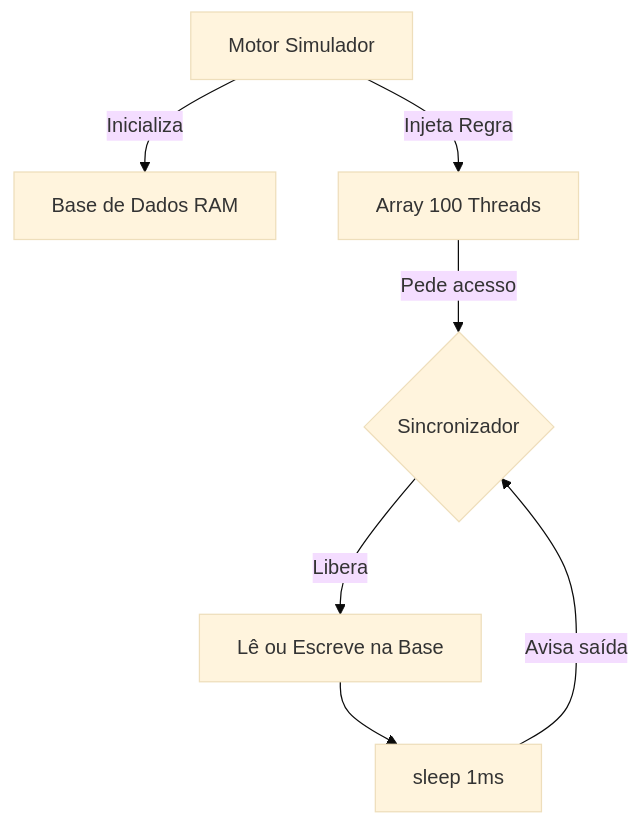
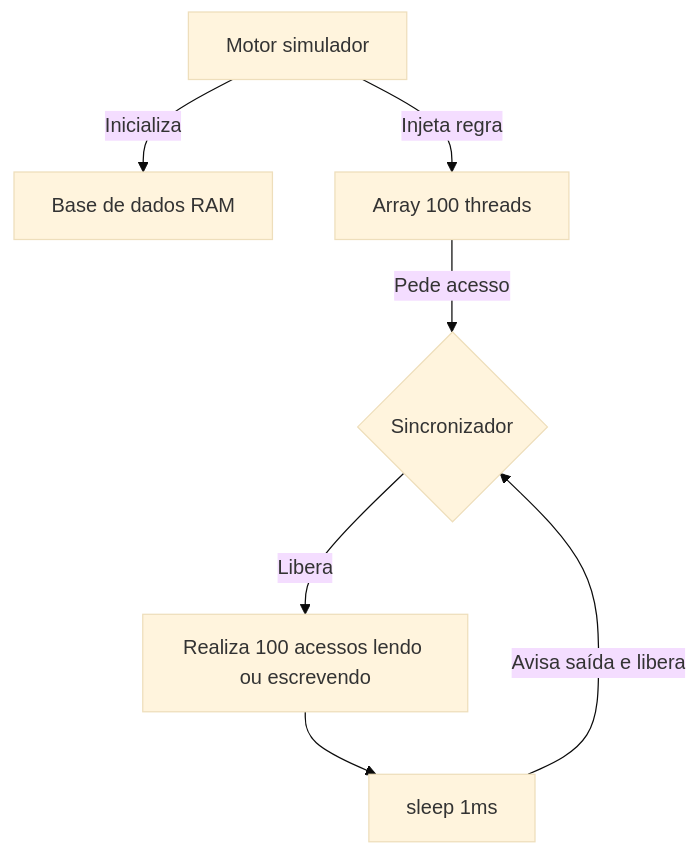
One commit to brininha/orquestrador-threads changed the diagram in docs/arquitetura.md. Above: the diagram before and after it, drawn with Mermaid (base theme). The commit also changed other lines of this file and 1 other file, not shown here.

````diff
--- a/docs/arquitetura.md
+++ b/docs/arquitetura.md
@@ -14,9 +25,9 @@
 ```mermaid
 graph TD
-    Motor[Motor Simulador] -->|Inicializa| Base[Base de Dados RAM]
-    Motor -->|Injeta Regra| Threads[Array 100 Threads]
+    Motor[Motor simulador] -->|Inicializa| Base[Base de dados RAM]
+    Motor -->|Injeta regra| Threads[Array 100 threads]
     Threads -->|Pede acesso| Sync{Sincronizador}
-    Sync -->|Libera| Acesso[Lê ou Escreve na Base]
-    Acesso --> Soneca[sleep 1ms]
-    Soneca -->|Avisa saída| Sync
+    Sync -->|Libera| LoopAcesso[Realiza 100 acessos lendo ou escrevendo]
+    LoopAcesso --> Soneca[sleep 1ms]
+    Soneca -->|Avisa saída e libera| Sync
 ```
````
